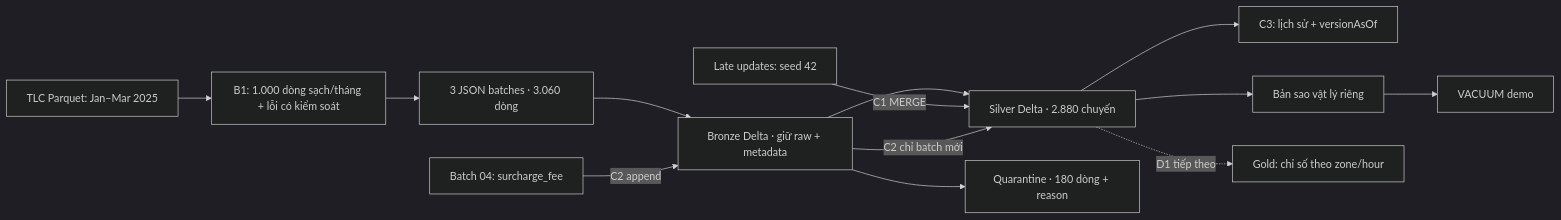
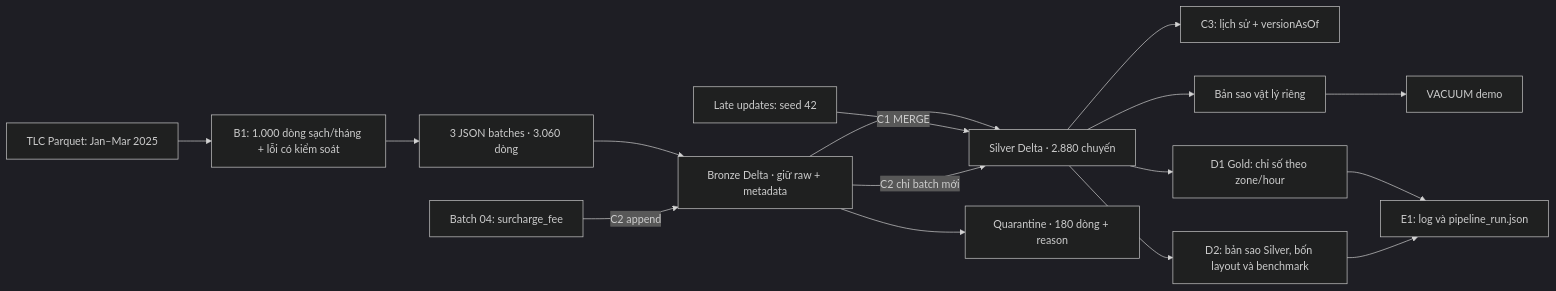
The first of 2 diagrams in REPORT.md (t-man-nd/lakehouse-opt), drawn with Mermaid (dark theme) before and after one commit. The commit also changed other lines of this file and 100 other files, not shown here.

````diff
--- a/REPORT.md
+++ b/REPORT.md
@@ -54,15 +58,18 @@
 ```mermaid
 flowchart LR
     TLC["TLC Parquet: Jan–Mar 2025"] --> B1["B1: 1.000 dòng sạch/tháng + lỗi có kiểm soát"]
     B1 --> RAW["3 JSON batches · 3.060 dòng"]
     RAW --> B["Bronze Delta · giữ raw + metadata"]
     B --> S["Silver Delta · 2.880 chuyến"]
     B --> Q["Quarantine · 180 dòng + reason"]
     CDC["Late updates: seed 42"] -->|C1 MERGE| S
     NEW["Batch 04: surcharge_fee"] -->|C2 append| B
     B -->|C2 chỉ batch mới| S
     S --> TT["C3: lịch sử + versionAsOf"]
     S --> COPY["Bản sao vật lý riêng"]
     COPY --> VAC["VACUUM demo"]
-    S -. "D1 tiếp theo" .-> G["Gold: chỉ số theo zone/hour"]
+    S --> G["D1 Gold: chỉ số theo zone/hour"]
+    S --> PERF["D2: bản sao Silver, bốn layout và benchmark"]
+    G --> E1["E1: log và pipeline_run.json"]
+    PERF --> E1
 ```
````
